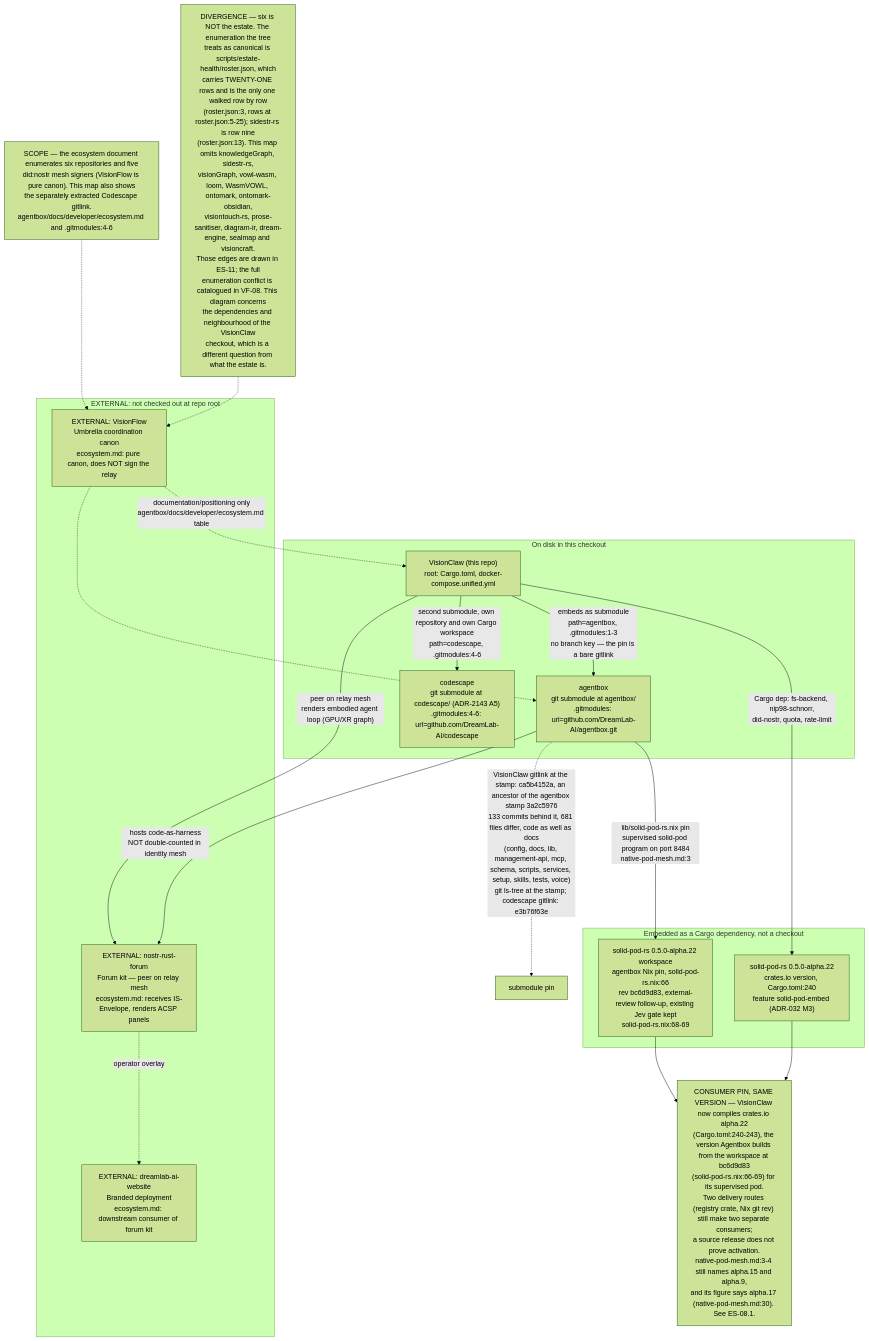
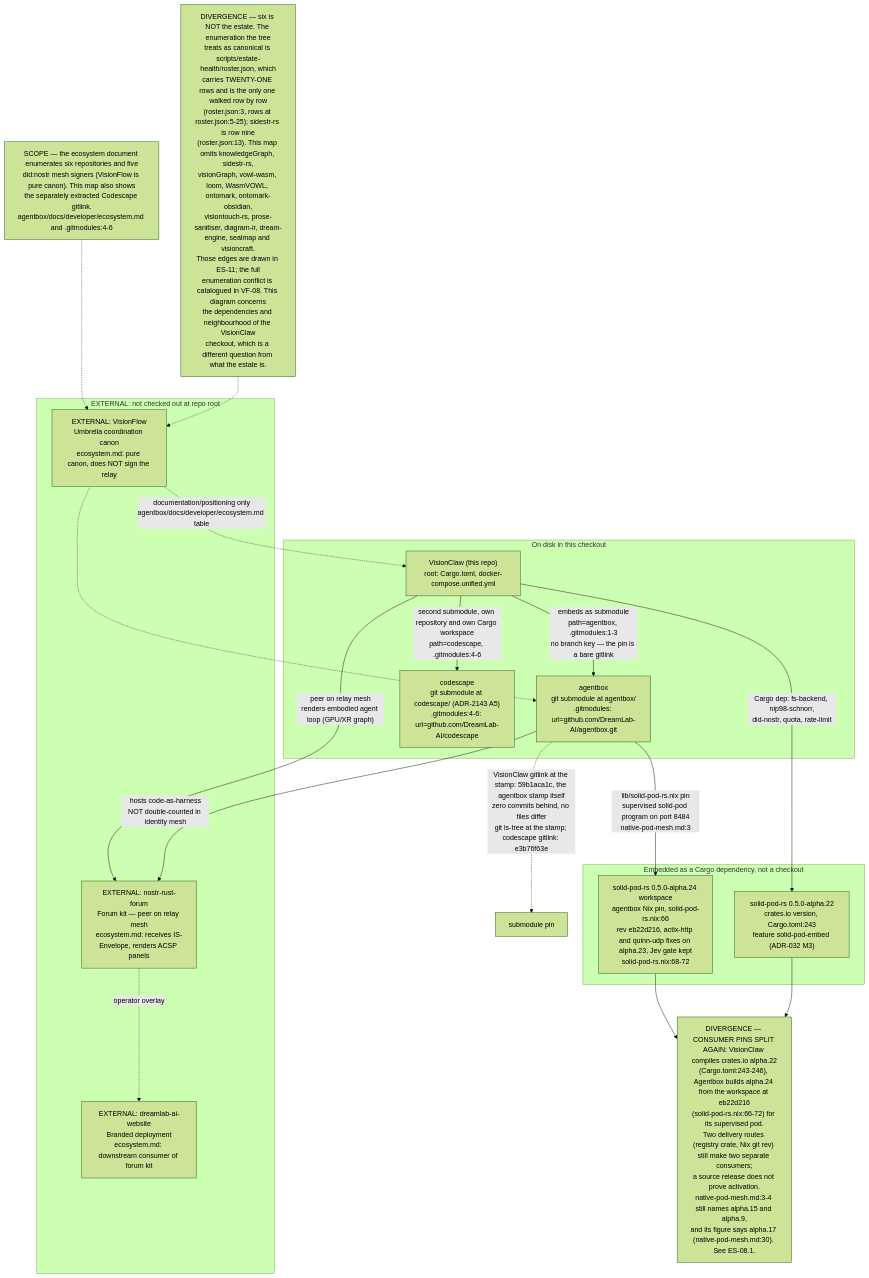
The first of 8 diagrams in docs/diagrams/estate/01-estate-topology.md (DreamLab-AI/VisionFlow), drawn with Mermaid (forest theme) before and after one commit. The commit also changed other lines of this file and 6 other files, not shown here.

````diff
--- a/docs/diagrams/estate/01-estate-topology.md
+++ b/docs/diagrams/estate/01-estate-topology.md
@@ -64,38 +64,38 @@
 ```mermaid
 flowchart TB
     subgraph ONDISK["On disk in this checkout"]
         VC["VisionClaw (this repo)<br/>root: Cargo.toml, docker-compose.unified.yml"]
         AB["agentbox<br/>git submodule at agentbox/<br/>.gitmodules: url=github.com/DreamLab-AI/agentbox.git"]
         CS["codescape<br/>git submodule at codescape/ (ADR-2143 A5)<br/>.gitmodules:4-6: url=github.com/DreamLab-AI/codescape"]
     end
     VC -->|"embeds as submodule<br/>path=agentbox, .gitmodules:1-3<br/>no branch key — the pin is a bare gitlink"| AB
     VC -->|"second submodule, own repository and own Cargo workspace<br/>path=codescape, .gitmodules:4-6"| CS
-    AB -.->|"VisionClaw gitlink at the stamp: ca5b4152a, an ancestor of the agentbox stamp 3a2c5976<br/>133 commits behind it, 681 files differ, code as well as docs<br/>(config, docs, lib, management-api, mcp, schema, scripts, services, setup, skills, tests, voice)<br/>git ls-tree at the stamp; codescape gitlink: e3b76f63e"| ABPIN["submodule pin"]
+    AB -.->|"VisionClaw gitlink at the stamp: 59b1aca1c, the agentbox stamp itself<br/>zero commits behind, no files differ<br/>git ls-tree at the stamp; codescape gitlink: e3b76f63e"| ABPIN["submodule pin"]
 
     subgraph CRATE["Embedded as a Cargo dependency, not a checkout"]
-        SPR["solid-pod-rs 0.5.0-alpha.22<br/>crates.io version, Cargo.toml:240<br/>feature solid-pod-embed (ADR-032 M3)"]
-        SPRN["solid-pod-rs 0.5.0-alpha.22 workspace<br/>agentbox Nix pin, solid-pod-rs.nix:66<br/>rev bc6d9d83, external-review follow-up, existing Jev gate kept<br/>solid-pod-rs.nix:68-69"]
+        SPR["solid-pod-rs 0.5.0-alpha.22<br/>crates.io version, Cargo.toml:243<br/>feature solid-pod-embed (ADR-032 M3)"]
+        SPRN["solid-pod-rs 0.5.0-alpha.24 workspace<br/>agentbox Nix pin, solid-pod-rs.nix:66<br/>rev eb22d216, actix-http and quinn-udp fixes on alpha.23, Jev gate kept<br/>solid-pod-rs.nix:68-72"]
     end
     VC -->|"Cargo dep: fs-backend, nip98-schnorr,<br/>did-nostr, quota, rate-limit"| SPR
     AB -->|"lib/solid-pod-rs.nix pin<br/>supervised solid-pod program on port 8484<br/>native-pod-mesh.md:3"| SPRN
 
-    DIVSP["CONSUMER PIN, SAME VERSION — VisionClaw now compiles crates.io alpha.22<br/>(Cargo.toml:240-243), the version Agentbox builds from the workspace at bc6d9d83<br/>(solid-pod-rs.nix:66-69) for its supervised pod.<br/>Two delivery routes (registry crate, Nix git rev) still make two separate consumers;<br/>a source release does not prove activation.<br/>native-pod-mesh.md:3-4 still names alpha.15 and alpha.9,<br/>and its figure says alpha.17 (native-pod-mesh.md:30). See ES-08.1."]
+    DIVSP["DIVERGENCE — CONSUMER PINS SPLIT AGAIN: VisionClaw compiles crates.io alpha.22<br/>(Cargo.toml:243-246), Agentbox builds alpha.24 from the workspace at eb22d216<br/>(solid-pod-rs.nix:66-72) for its supervised pod.<br/>Two delivery routes (registry crate, Nix git rev) still make two separate consumers;<br/>a source release does not prove activation.<br/>native-pod-mesh.md:3-4 still names alpha.15 and alpha.9,<br/>and its figure says alpha.17 (native-pod-mesh.md:30). See ES-08.1."]
     SPRN --> DIVSP
     SPR --> DIVSP
 
     subgraph EXTERNAL1["EXTERNAL: not checked out at repo root"]
         VF["EXTERNAL: VisionFlow<br/>Umbrella coordination canon<br/>ecosystem.md: pure canon, does NOT sign the relay"]
         NRF["EXTERNAL: nostr-rust-forum<br/>Forum kit — peer on relay mesh<br/>ecosystem.md: receives IS-Envelope, renders ACSP panels"]
         DAW["EXTERNAL: dreamlab-ai-website<br/>Branded deployment<br/>ecosystem.md: downstream consumer of forum kit"]
     end
     VC -->|"peer on relay mesh<br/>renders embodied agent loop (GPU/XR graph)"| NRF
     AB -->|"hosts code-as-harness<br/>NOT double-counted in identity mesh"| NRF
     NRF -.->|"operator overlay"| DAW
     VF -.->|"documentation/positioning only<br/>agentbox/docs/developer/ecosystem.md table"| VC
     VF -.-> AB
 
     NOTE1["SCOPE — the ecosystem document enumerates six repositories and five<br/>did:nostr mesh signers (VisionFlow is pure canon). This map also shows<br/>the separately extracted Codescape gitlink.<br/>agentbox/docs/developer/ecosystem.md and .gitmodules:4-6"]
     NOTE2["DIVERGENCE — six is NOT the estate. The enumeration the tree<br/>treats as canonical is scripts/estate-health/roster.json, which<br/>carries TWENTY-ONE rows and is the only one walked row by row<br/>(roster.json:3, rows at roster.json:5-25); sidestr-rs is row nine<br/>(roster.json:13). This map omits knowledgeGraph, sidestr-rs,<br/>visionGraph, vowl-wasm, loom, WasmVOWL, ontomark, ontomark-obsidian,<br/>visiontouch-rs, prose-sanitiser, diagram-ir, dream-engine, sealmap and visioncraft.<br/>Those edges are drawn in ES-11; the full<br/>enumeration conflict is catalogued in VF-08. This diagram concerns<br/>the dependencies and neighbourhood of the VisionClaw<br/>checkout, which is a different question from what the estate is."]
     NOTE1 -.-> VF
     NOTE2 -.-> VF
 ```
````
